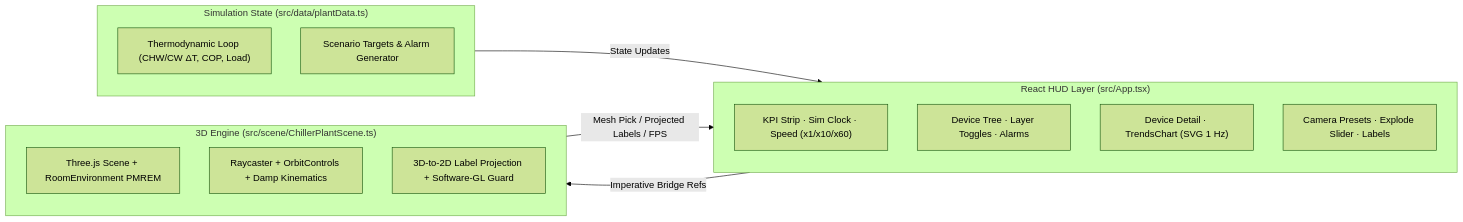
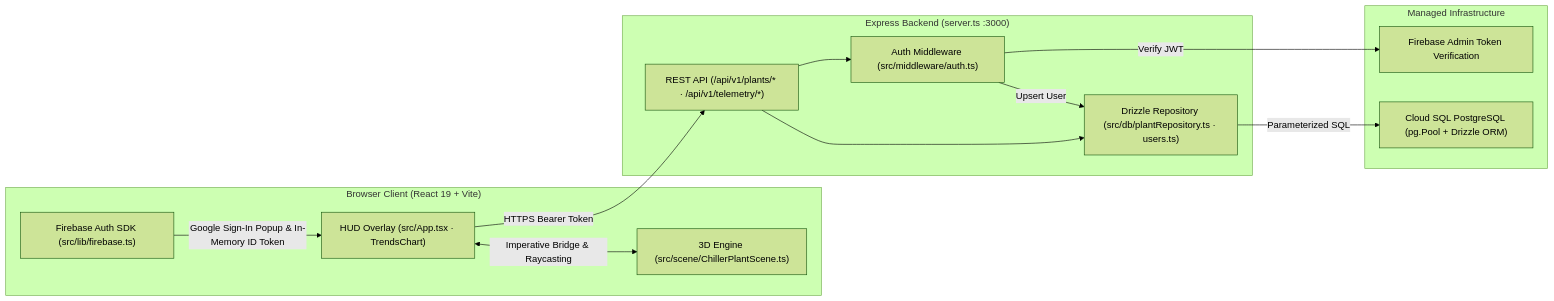
The diagram in README.md (Muhammad-Yunus/Chiller-Plant-Digital-Twin-Apps), drawn with Mermaid (forest theme) before and after one commit. The commit also changed other lines of this file and 13 other files, not shown here.

````diff
--- a/README.md
+++ b/README.md
@@ -39,24 +44,28 @@
 ```mermaid
 flowchart LR
-    subgraph UI["React HUD Layer (src/App.tsx)"]
-        TopBar["KPI Strip · Sim Clock · Speed (x1/x10/x60)"]
-        LeftHUD["Device Tree · Layer Toggles · Alarms"]
-        RightHUD["Device Detail · TrendsChart (SVG 1 Hz)"]
-        CamBar["Camera Presets · Explode Slider · Labels"]
+    subgraph Client["Browser Client (React 19 + Vite)"]
+        HUD["HUD Overlay (src/App.tsx · TrendsChart)"]
+        WebGL["3D Engine (src/scene/ChillerPlantScene.ts)"]
+        FBClient["Firebase Auth SDK (src/lib/firebase.ts)"]
     end
 
-    subgraph Sim["Simulation State (src/data/plantData.ts)"]
-        Loop["Thermodynamic Loop (CHW/CW ΔT, COP, Load)"]
-        Scenarios["Scenario Targets & Alarm Generator"]
+    subgraph Server["Express Backend (server.ts :3000)"]
+        Middleware["Auth Middleware (src/middleware/auth.ts)"]
+        API["REST API (/api/v1/plants/* · /api/v1/telemetry/*)"]
+        Repo["Drizzle Repository (src/db/plantRepository.ts · users.ts)"]
     end
 
-    subgraph WebGL["3D Engine (src/scene/ChillerPlantScene.ts)"]
-        Scene["Three.js Scene + RoomEnvironment PMREM"]
-        Raycast["Raycaster + OrbitControls + Damp Kinematics"]
-        Project["3D-to-2D Label Projection + Software-GL Guard"]
+    subgraph Data["Managed Infrastructure"]
+        FBAdmin["Firebase Admin Token Verification"]
+        PG["Cloud SQL PostgreSQL (pg.Pool + Drizzle ORM)"]
     end
 
-    Sim -->|State Updates| UI
-    UI -->|Imperative Bridge Refs| WebGL
-    WebGL -->|Mesh Pick / Projected Labels / FPS| UI
+    HUD <-->|Imperative Bridge & Raycasting| WebGL
+    FBClient -->|Google Sign-In Popup & In-Memory ID Token| HUD
+    HUD -->|HTTPS Bearer Token| API
+    API --> Middleware
+    Middleware -->|Verify JWT| FBAdmin
+    Middleware -->|Upsert User| Repo
+    API --> Repo
+    Repo -->|Parameterized SQL| PG
 ```
````
